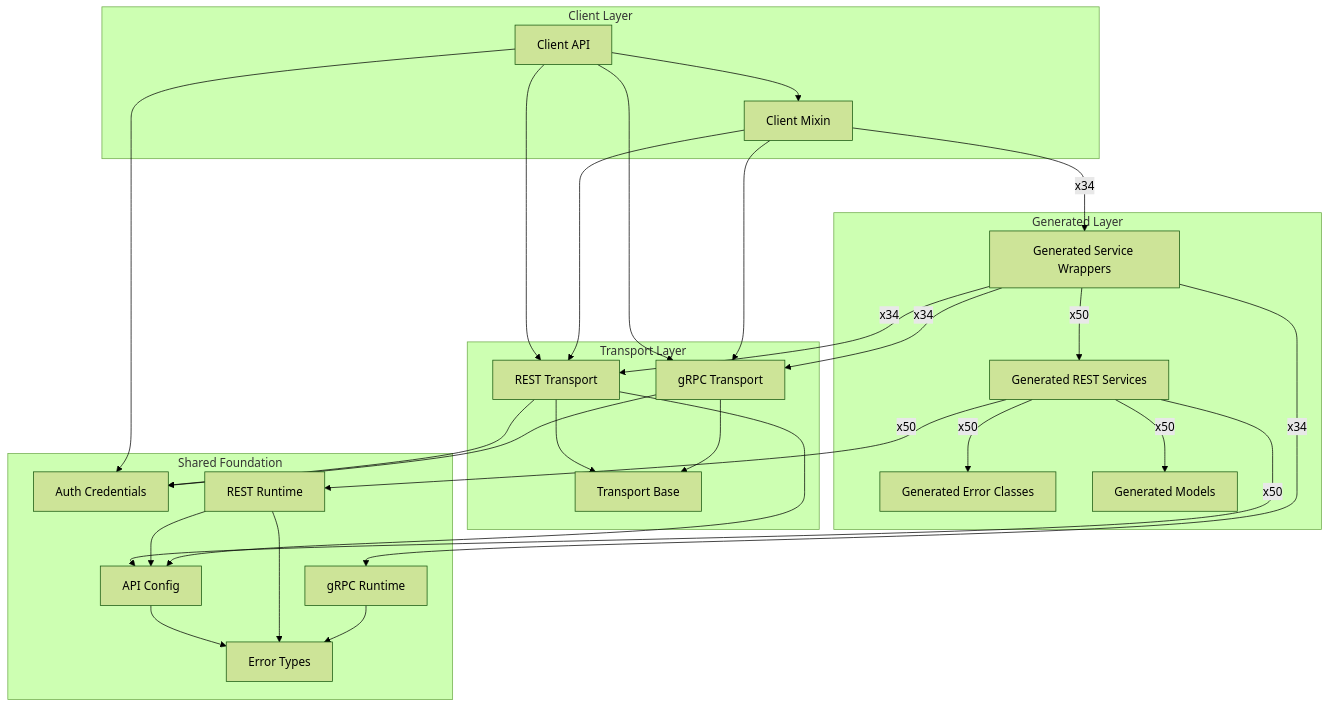
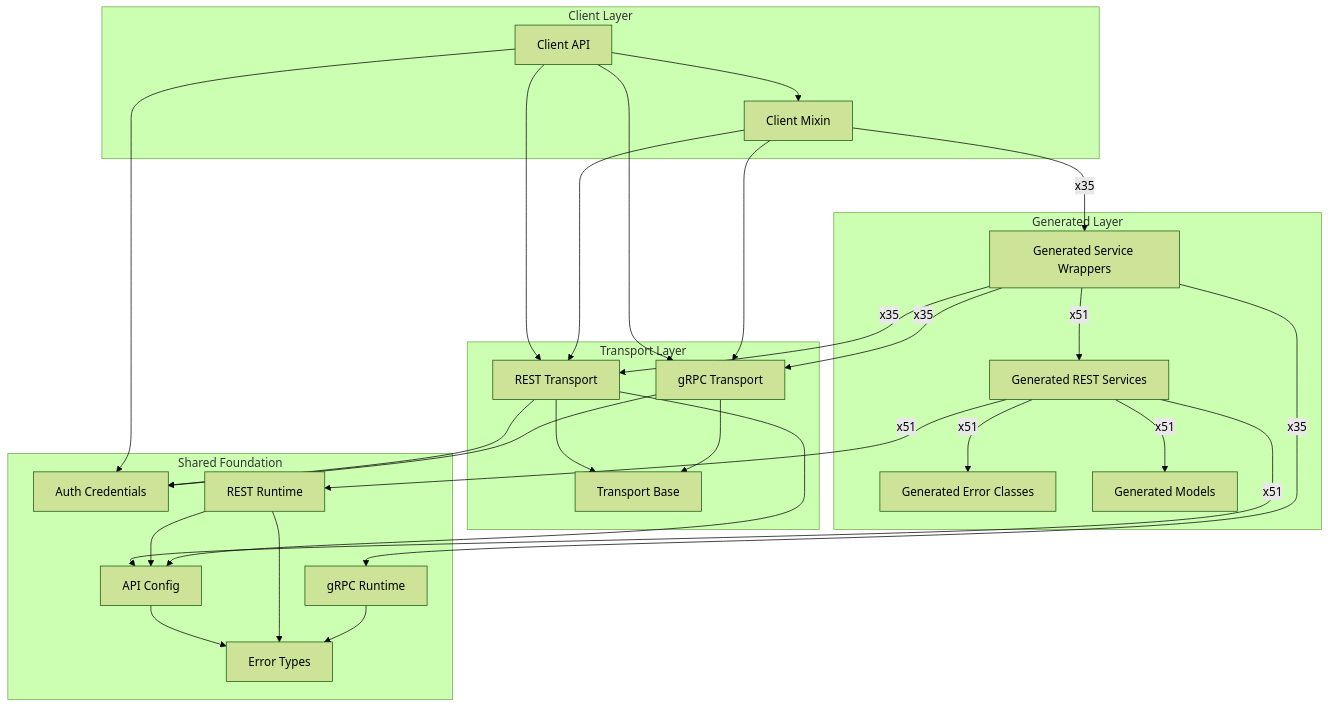
Before and after one commit to alexdearaujo/community_sdk_python: the diagram in docs/sphinx/sdk_runtime_architecture.md, drawn with Mermaid (forest theme). The commit also changed 30 other files, not shown here.

First line of the commit message:
feat: add kmeta service from schema, regenerate docs

````diff
--- a/docs/sphinx/sdk_runtime_architecture.md
+++ b/docs/sphinx/sdk_runtime_architecture.md
@@ -22,50 +22,50 @@
 ```mermaid
 flowchart TB
     subgraph client["Client Layer"]
         Client_API["Client API"]
         Client_Mixin["Client Mixin"]
     end
     subgraph generated["Generated Layer"]
         Generated_Error_Classes["Generated Error Classes"]
         Generated_Models["Generated Models"]
         Generated_REST_Services["Generated REST Services"]
         Generated_Service_Wrappers["Generated Service Wrappers"]
     end
     subgraph transport["Transport Layer"]
         REST_Transport["REST Transport"]
         Transport_Base["Transport Base"]
         gRPC_Transport["gRPC Transport"]
     end
     subgraph foundation["Shared Foundation"]
         API_Config["API Config"]
         Auth_Credentials["Auth Credentials"]
         Error_Types["Error Types"]
         REST_Runtime["REST Runtime"]
         gRPC_Runtime["gRPC Runtime"]
     end
 
     API_Config --> Error_Types
     Client_API --> Auth_Credentials
     Client_API --> Client_Mixin
     Client_API --> REST_Transport
     Client_API --> gRPC_Transport
-    Client_Mixin -->|"x34"| Generated_Service_Wrappers
+    Client_Mixin -->|"x35"| Generated_Service_Wrappers
     Client_Mixin --> REST_Transport
     Client_Mixin --> gRPC_Transport
-    Generated_REST_Services -->|"x50"| API_Config
-    Generated_REST_Services -->|"x50"| Generated_Error_Classes
-    Generated_REST_Services -->|"x50"| Generated_Models
-    Generated_REST_Services -->|"x50"| REST_Runtime
-    Generated_Service_Wrappers -->|"x50"| Generated_REST_Services
-    Generated_Service_Wrappers -->|"x34"| REST_Transport
-    Generated_Service_Wrappers -->|"x34"| gRPC_Runtime
-    Generated_Service_Wrappers -->|"x34"| gRPC_Transport
+    Generated_REST_Services -->|"x51"| API_Config
+    Generated_REST_Services -->|"x51"| Generated_Error_Classes
+    Generated_REST_Services -->|"x51"| Generated_Models
+    Generated_REST_Services -->|"x51"| REST_Runtime
+    Generated_Service_Wrappers -->|"x51"| Generated_REST_Services
+    Generated_Service_Wrappers -->|"x35"| REST_Transport
+    Generated_Service_Wrappers -->|"x35"| gRPC_Runtime
+    Generated_Service_Wrappers -->|"x35"| gRPC_Transport
     REST_Runtime --> API_Config
     REST_Runtime --> Error_Types
     REST_Transport --> API_Config
     REST_Transport --> Auth_Credentials
     REST_Transport --> Transport_Base
     gRPC_Runtime --> Error_Types
     gRPC_Transport --> Auth_Credentials
     gRPC_Transport --> Transport_Base
 ```
````
